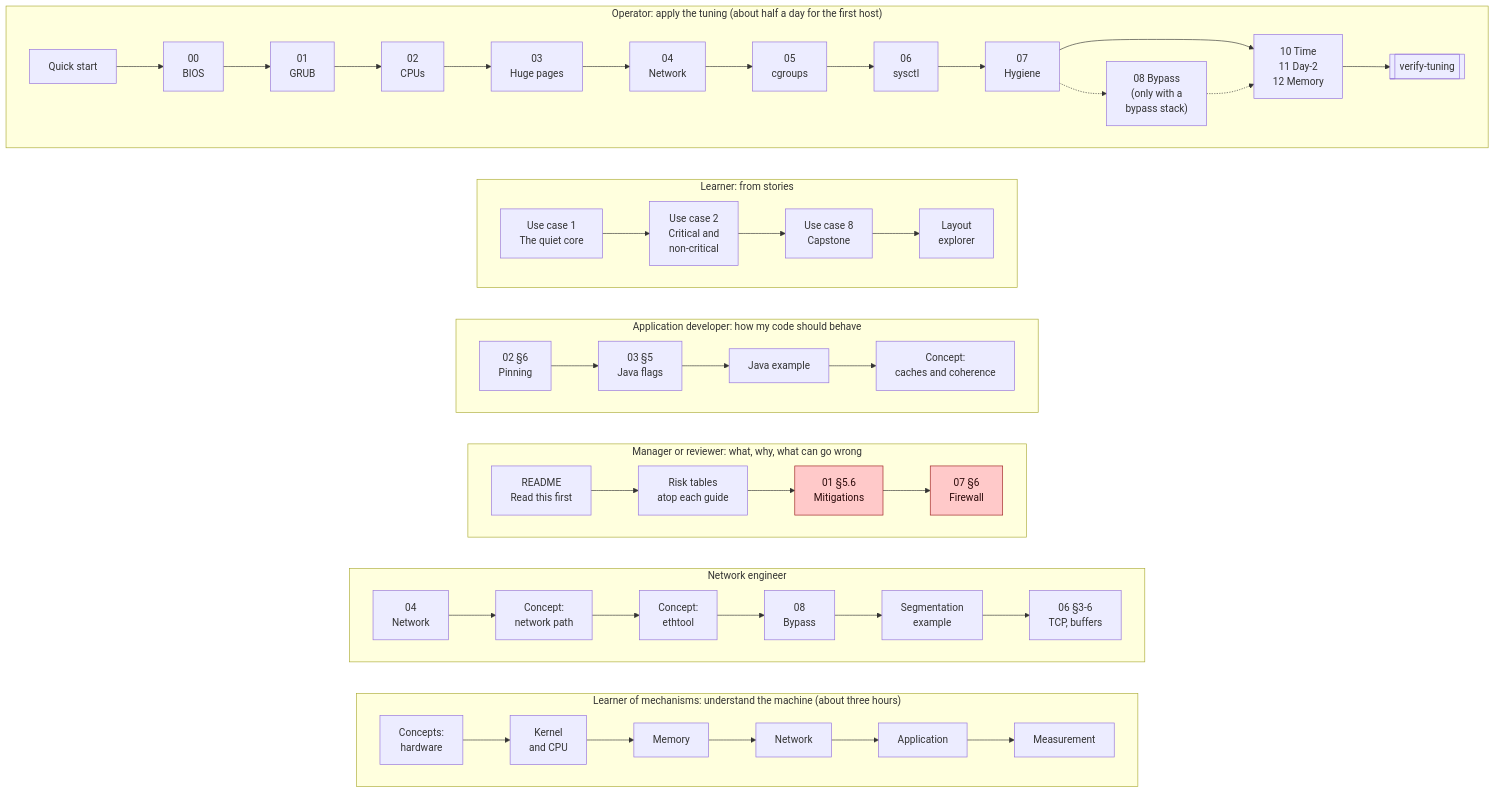
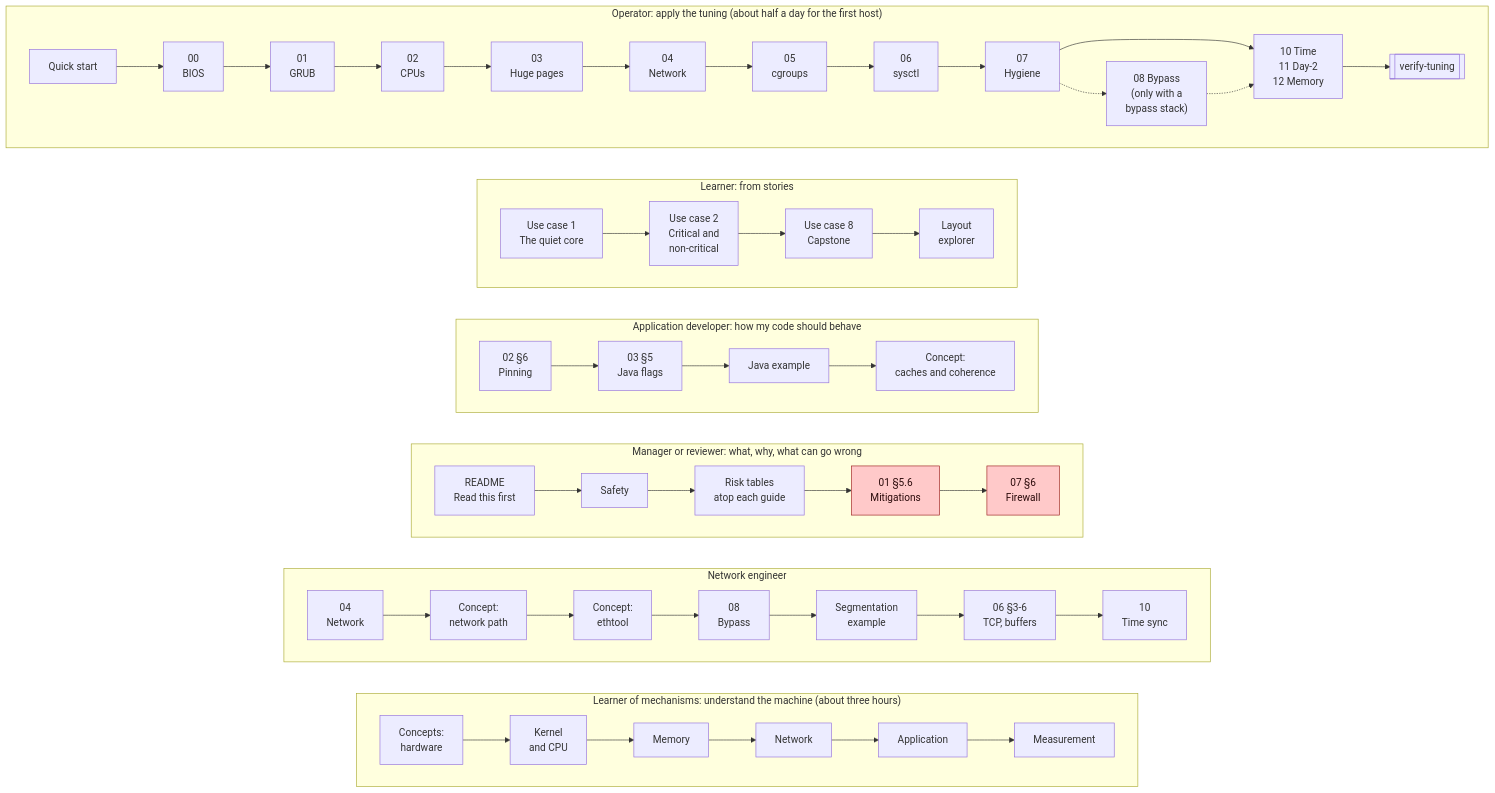
The first of 2 diagrams in INDEX.md (vitor-tadashi/mechanical-sympathy), drawn with Mermaid before and after one commit. The commit also changed other lines of this file and 61 other files, not shown here.

````diff
--- a/INDEX.md
+++ b/INDEX.md
@@ -7,31 +7,31 @@
 ```mermaid
 flowchart TD
   subgraph op["Operator: apply the tuning (about half a day for the first host)"]
     direction LR
     o0["Quick start"] --> o00["00<br/>BIOS"] --> o1["01<br/>GRUB"] --> o2["02<br/>CPUs"] --> o3["03<br/>Huge pages"] --> o4["04<br/>Network"] --> o5["05<br/>cgroups"] --> o6["06<br/>sysctl"] --> o7["07<br/>Hygiene"] --> o10["10 Time<br/>11 Day-2<br/>12 Memory"] --> ov[["verify-tuning"]]
     o7 -.-> o8["08 Bypass<br/>(only with a<br/>bypass stack)"] -.-> o10
   end
   subgraph story["Learner: from stories"]
     direction LR
     s1["Use case 1<br/>The quiet core"] --> s2["Use case 2<br/>Critical and<br/>non-critical"] --> s3["Use case 8<br/>Capstone"] --> s4["Layout<br/>explorer"]
   end
   subgraph dev["Application developer: how my code should behave"]
     direction LR
     d1["02 §6<br/>Pinning"] --> d2["03 §5<br/>Java flags"] --> d3["Java example"] --> d4["Concept:<br/>caches and coherence"]
   end
   subgraph mgr["Manager or reviewer: what, why, what can go wrong"]
     direction LR
-    m1["README<br/>Read this first"] --> m2["Risk tables<br/>atop each guide"] --> m3["01 §5.6<br/>Mitigations"] --> m4["07 §6<br/>Firewall"]
+    m1["README<br/>Read this first"] --> m1b["Safety"] --> m2["Risk tables<br/>atop each guide"] --> m3["01 §5.6<br/>Mitigations"] --> m4["07 §6<br/>Firewall"]
   end
   subgraph net["Network engineer"]
     direction LR
-    n1["04<br/>Network"] --> n2["Concept:<br/>network path"] --> n3["Concept:<br/>ethtool"] --> n4["08<br/>Bypass"] --> n5["Segmentation<br/>example"] --> n6["06 §3-6<br/>TCP, buffers"]
+    n1["04<br/>Network"] --> n2["Concept:<br/>network path"] --> n3["Concept:<br/>ethtool"] --> n4["08<br/>Bypass"] --> n5["Segmentation<br/>example"] --> n6["06 §3-6<br/>TCP, buffers"] --> n7["10<br/>Time sync"]
   end
   subgraph learn["Learner of mechanisms: understand the machine (about three hours)"]
     direction LR
     u1["Concepts:<br/>hardware"] --> u2["Kernel<br/>and CPU"] --> u3["Memory"] --> u4["Network"] --> u5["Application"] --> u6["Measurement"]
   end
   op ~~~ story ~~~ dev ~~~ mgr ~~~ net ~~~ learn
   classDef risk fill:#ffc9c9,stroke:#9b1c1c,color:#2b0a0a
   class m3,m4 risk
 ```
````
